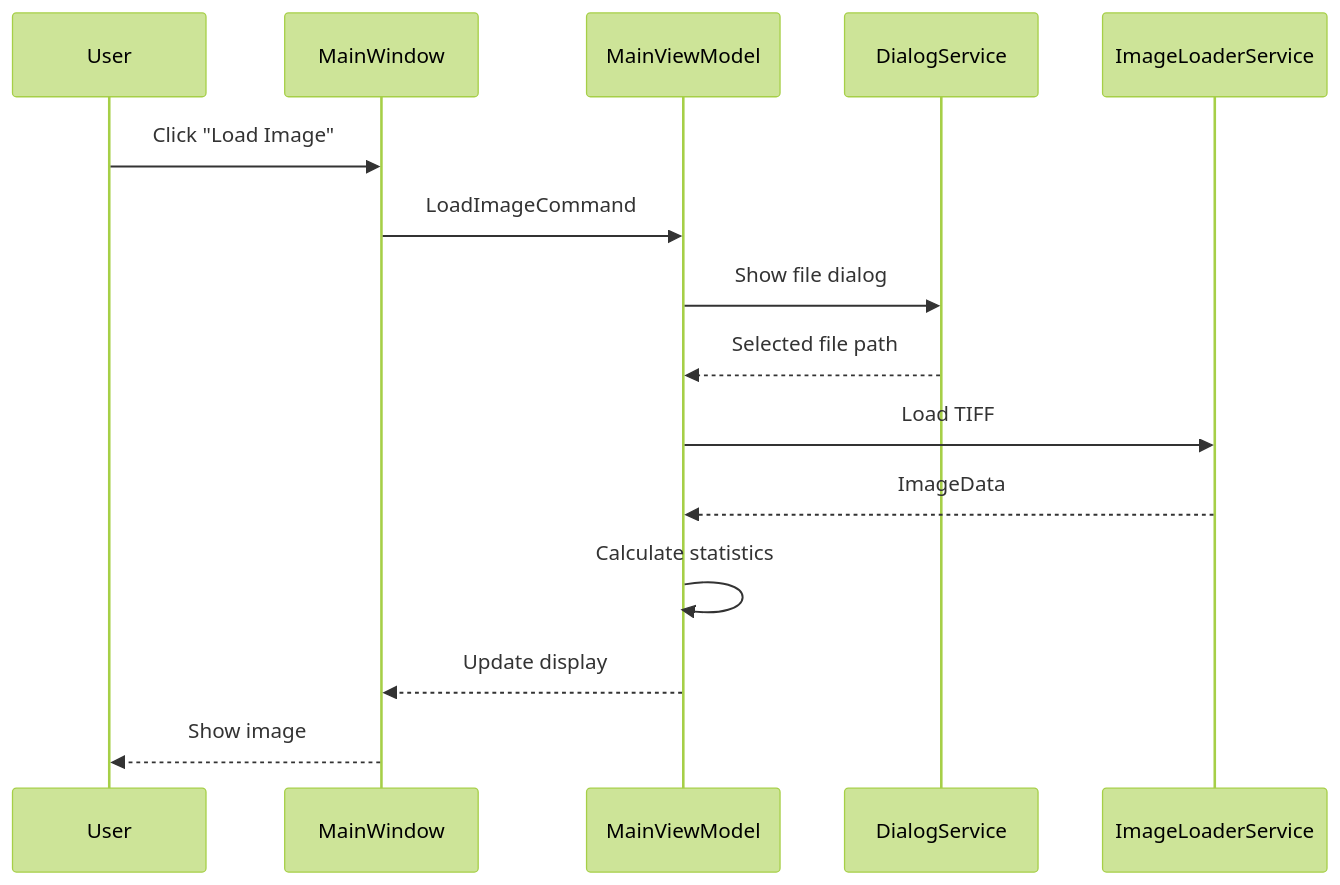
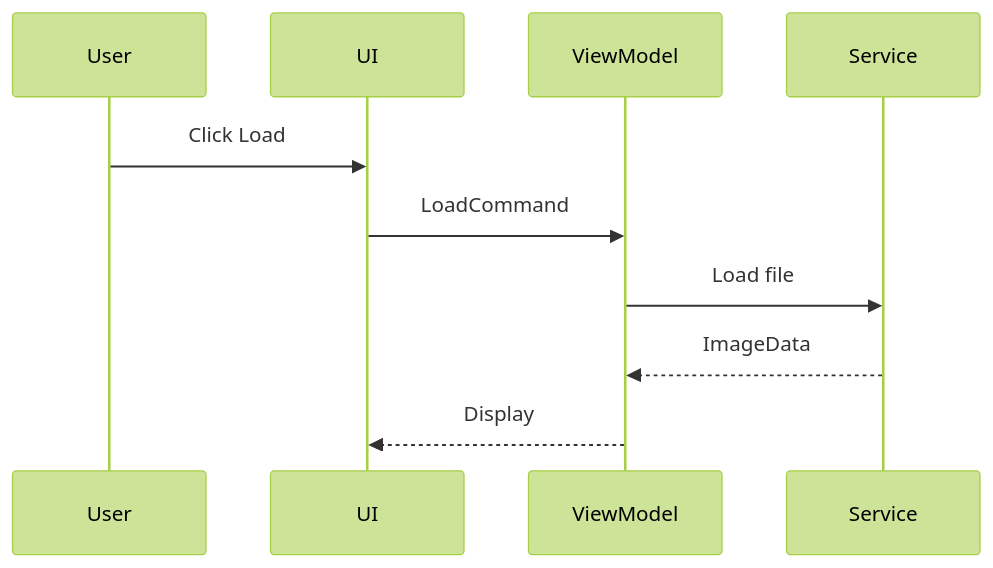
Before and after one commit to Anoopa-kedila/ImageReviewer: the fifth of 10 diagrams in ARCHITECTURE.md, drawn with Mermaid (forest theme). The commit also changed other lines of this file, not shown here.

First line of the commit message:
Simplify diagrams to look more human-made

````diff
--- a/ARCHITECTURE.md
+++ b/ARCHITECTURE.md
@@ -182,12 +149,8 @@
 ```mermaid
 sequenceDiagram
-    User->>MainWindow: Click "Load Image"
-    MainWindow->>MainViewModel: LoadImageCommand
-    MainViewModel->>DialogService: Show file dialog
-    DialogService-->>MainViewModel: Selected file path
-    MainViewModel->>ImageLoaderService: Load TIFF
-    ImageLoaderService-->>MainViewModel: ImageData
-    MainViewModel->>MainViewModel: Calculate statistics
-    MainViewModel-->>MainWindow: Update display
-    MainWindow-->>User: Show image
+    User->>UI: Click Load
+    UI->>ViewModel: LoadCommand
+    ViewModel->>Service: Load file
+    Service-->>ViewModel: ImageData
+    ViewModel-->>UI: Display
 ```
````
